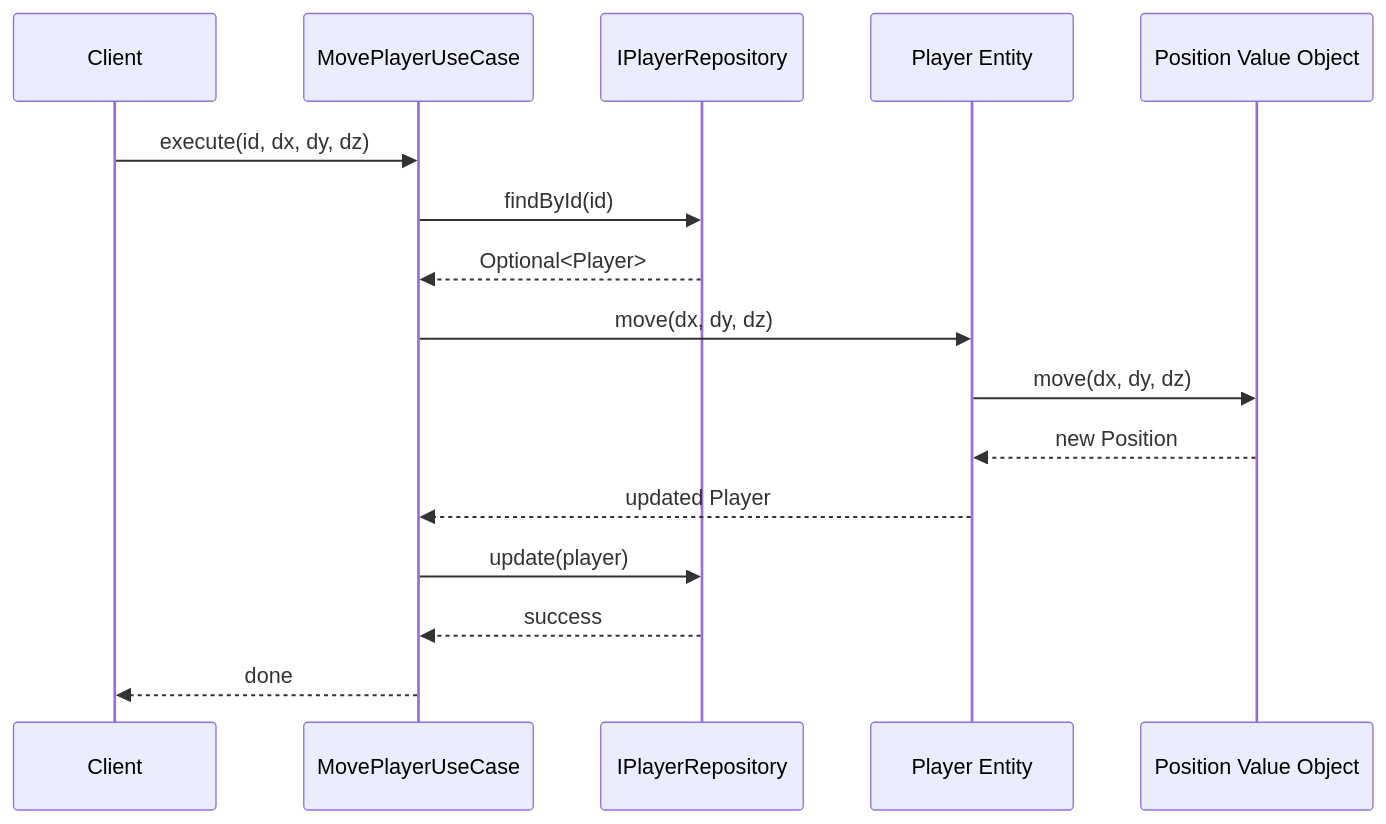
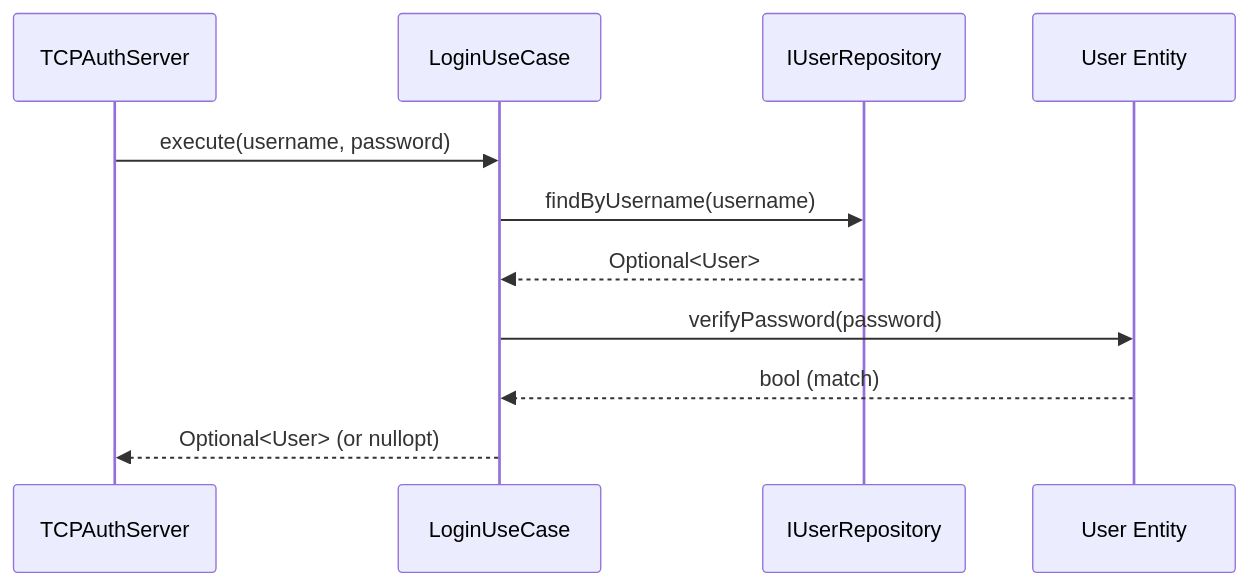
One commit to ChrisG-L/rtype changed the second of 4 diagrams in docs/guides/hexagonal-architecture.md. Above: the diagram before and after it, drawn with Mermaid. The commit also changed other lines of this file and 38 other files, not shown here.

````diff
--- a/docs/guides/hexagonal-architecture.md
+++ b/docs/guides/hexagonal-architecture.md
@@ -281,19 +285,14 @@
 ```mermaid
 sequenceDiagram
-    participant Client
-    participant UseCase as MovePlayerUseCase
-    participant Repo as IPlayerRepository
-    participant Player as Player Entity
-    participant Position as Position Value Object
+    participant TCPAuth as TCPAuthServer
+    participant UseCase as LoginUseCase
+    participant Repo as IUserRepository
+    participant User as User Entity
 
-    Client->>UseCase: execute(id, dx, dy, dz)
-    UseCase->>Repo: findById(id)
-    Repo-->>UseCase: Optional<Player>
-    UseCase->>Player: move(dx, dy, dz)
-    Player->>Position: move(dx, dy, dz)
-    Position-->>Player: new Position
-    Player-->>UseCase: updated Player
-    UseCase->>Repo: update(player)
-    Repo-->>UseCase: success
-    UseCase-->>Client: done
+    TCPAuth->>UseCase: execute(username, password)
+    UseCase->>Repo: findByUsername(username)
+    Repo-->>UseCase: Optional<User>
+    UseCase->>User: verifyPassword(password)
+    User-->>UseCase: bool (match)
+    UseCase-->>TCPAuth: Optional<User> (or nullopt)
 ```
````
